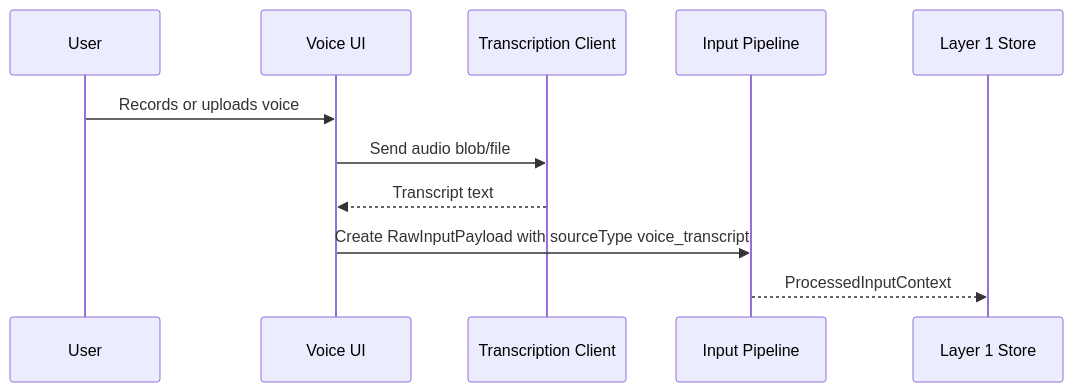
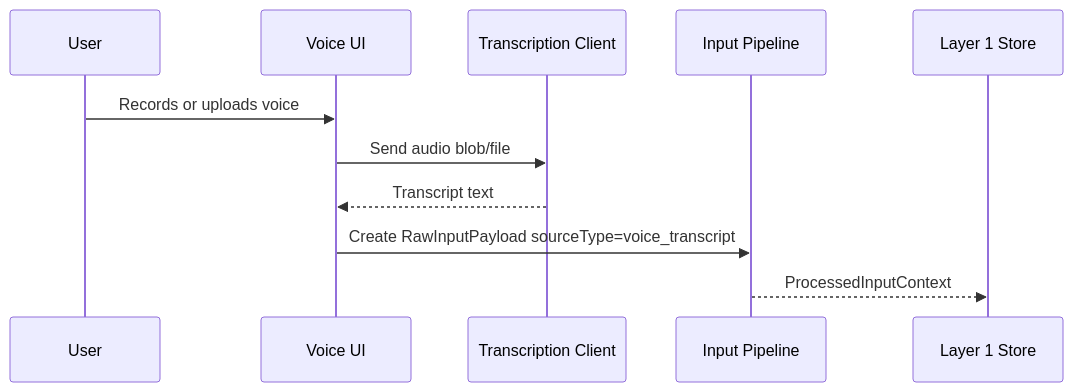
One commit to ProductMasterz/Mujarrad-Frontend changed the sixth of 23 diagrams in Docs/system-design-detailed-plan.md. Above: the diagram before and after it, drawn with Mermaid. The commit also changed other lines of this file, not shown here.

Commit message:
Enhance system design architecture plan

````diff
--- a/Docs/system-design-detailed-plan.md
+++ b/Docs/system-design-detailed-plan.md
@@ -463,14 +470,14 @@
 ```mermaid
 sequenceDiagram
     participant User
     participant UI as Voice UI
     participant Transcriber as Transcription Client
     participant Pipeline as Input Pipeline
-    participant Layer1 as Layer 1 Store
+    participant Store as Layer 1 Store
 
     User->>UI: Records or uploads voice
     UI->>Transcriber: Send audio blob/file
     Transcriber-->>UI: Transcript text
-    UI->>Pipeline: Create RawInputPayload with sourceType voice_transcript
-    Pipeline-->>Layer1: ProcessedInputContext
+    UI->>Pipeline: Create RawInputPayload sourceType=voice_transcript
+    Pipeline-->>Store: ProcessedInputContext
 ```
````
